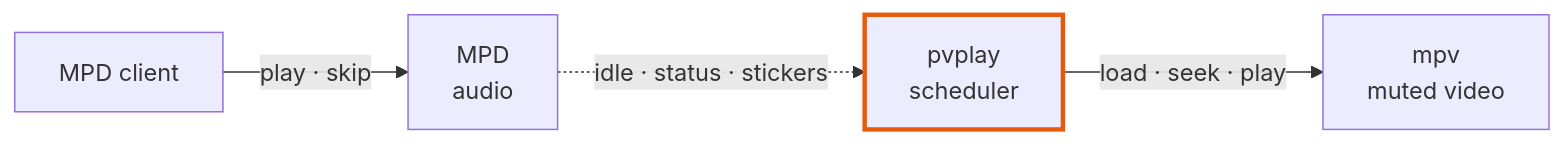
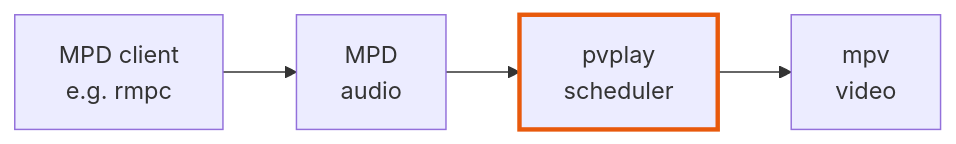
One commit to ryan-dfw/pvplayer changed the diagram in readme.md. Above: the diagram before and after it, drawn with Mermaid. The commit also changed 1 other file, not shown here.

Commit message:
smaller diaghram in readme

````diff
--- a/readme.md
+++ b/readme.md
@@ -5,7 +5,7 @@
 ```mermaid
 flowchart LR
-    client["MPD client"] -- "play · skip" --> mpd["MPD<br/>audio"]
-    mpd -. "idle · status · stickers" .-> pv["pvplay<br/>scheduler"]:::mine
-    pv -- "load · seek · play" --> mpv["mpv<br/>muted video"]
+    client["MPD client<br/>e.g. rmpc"] --> mpd["MPD<br/>audio"]
+    mpd --> pv["pvplay<br/>scheduler"]:::mine
+    pv --> mpv["mpv<br/>video"]
     classDef mine stroke:#e8590c,stroke-width:3px
 ```
````
